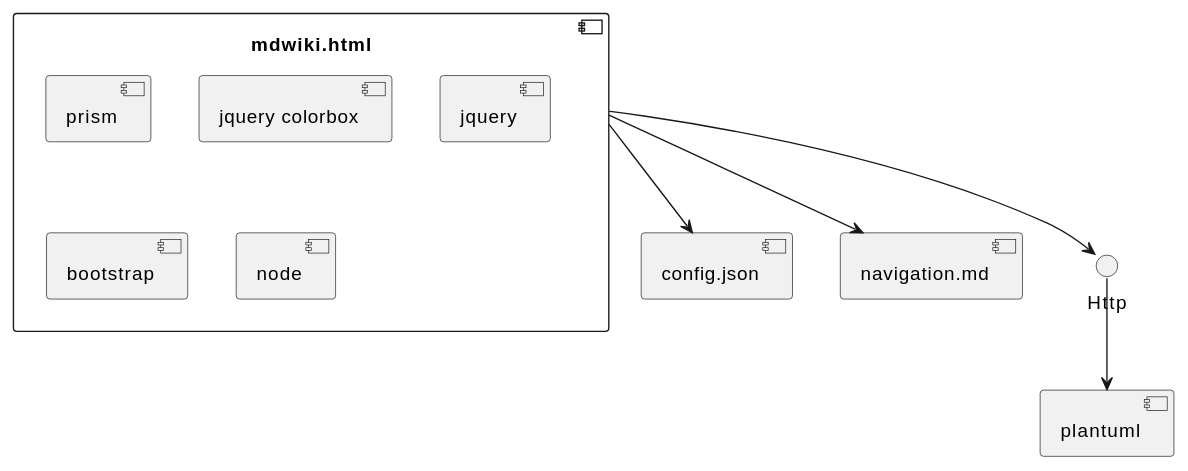
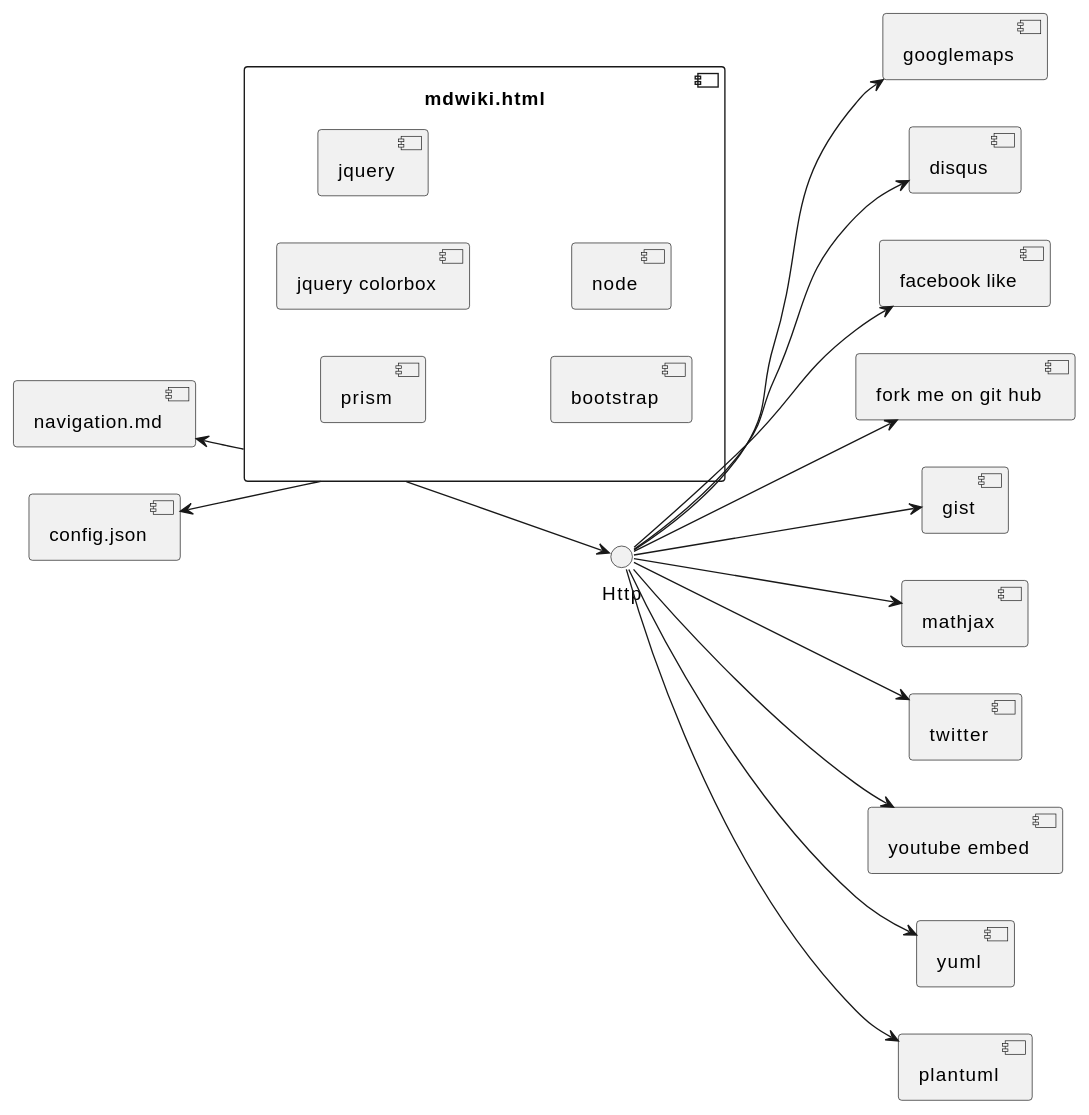
One commit to stephanedenis/mdwiki changed the diagram in docs/Dependencies.md. Above: the diagram before and after it, drawn with PlantUML. The commit also changed other lines of this file, not shown here.

Commit message:
Doc for dependencies

````diff
--- a/docs/Dependencies.md
+++ b/docs/Dependencies.md
@@ -4,20 +4,41 @@
 ```plantuml
+left to right direction
 
 component "mdwiki.html" as mdwiki{
     [prism] as prism
     [jquery colorbox] as jqcb
     [jquery] as jquery
     [bootstrap]
     [node]
 }
 
-[plantuml] as plantuml
+
 [config.json] as config
 [navigation.md] as navigation
+[googlemaps] as googlemaps
+[disqus] as disqus
+[facebook like] as fblike
+[fork me on git hub] as fmogh
+[gist] as gist
+[mathjax] as mathjax
+[twitter] as twitter
+[youtube embed] as youtube
+[yuml] as yuml
+[plantuml] as plantuml
 
-mdwiki --> config
-mdwiki --> navigation
+
+mdwiki -up-> config
+mdwiki -up-> navigation
 mdwiki --> Http
-Http --> plantuml
+Http ---> googlemaps
+Http ---> disqus
+Http ---> fblike
+Http ---> fmogh
+Http ---> gist
+Http ---> mathjax
+Http ---> twitter
+Http ---> youtube
+Http ---> yuml
+Http ---> plantuml
 
 ```
````
